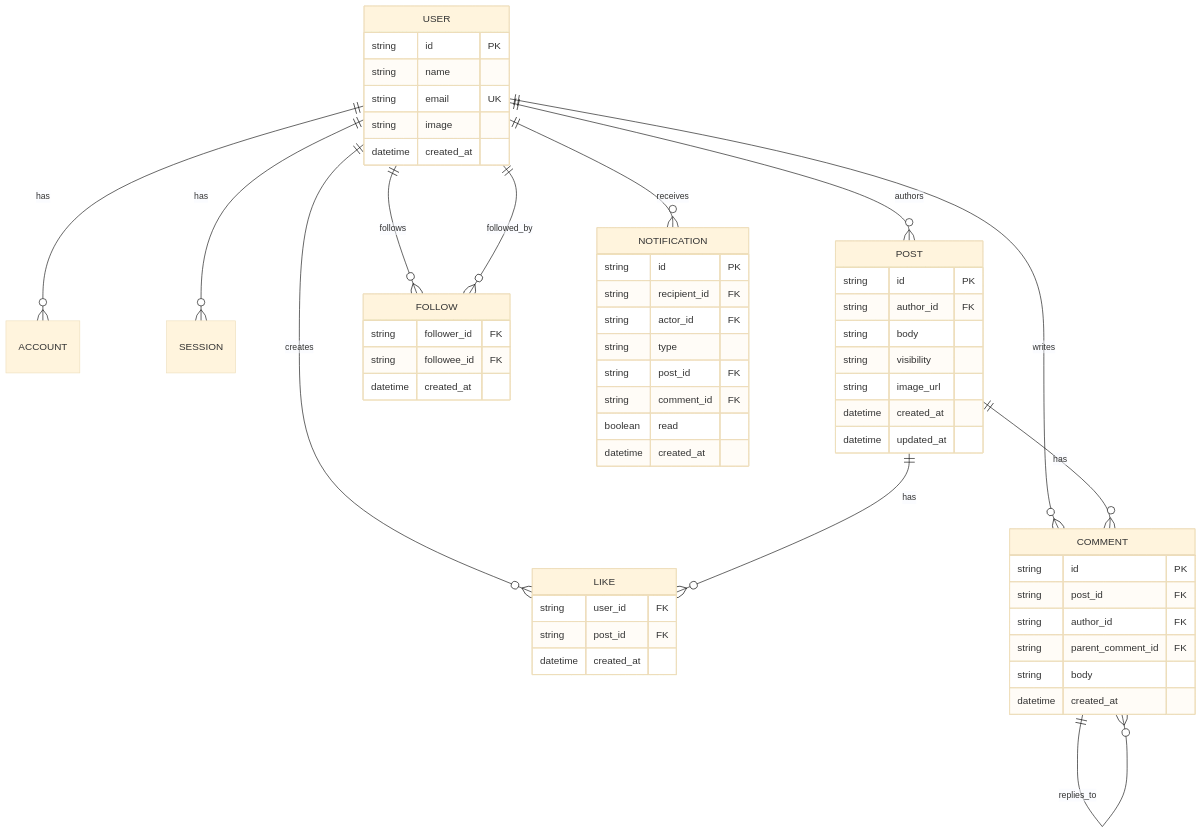
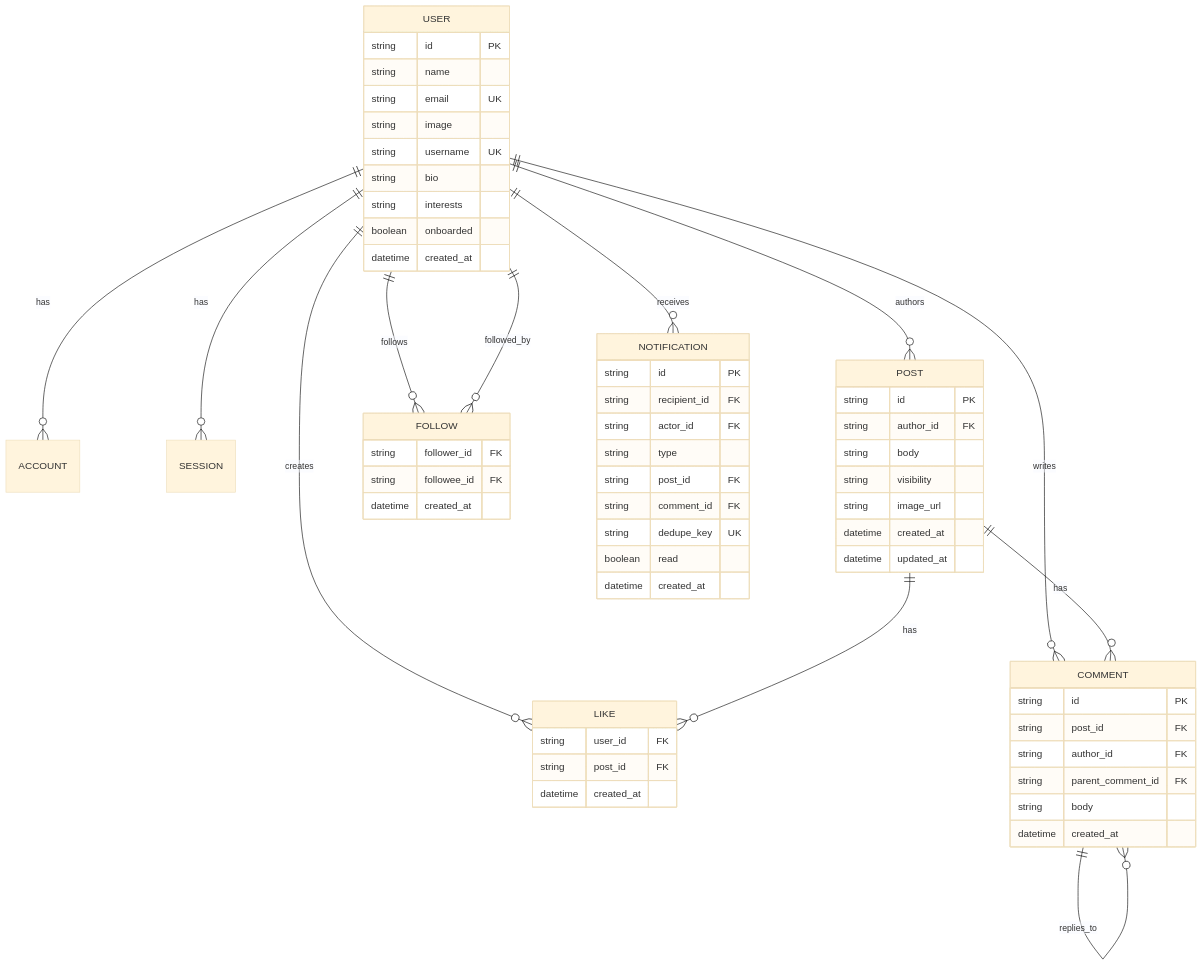
One commit to japanese-project/sns-project changed the diagram in docs/database.md. Above: the diagram before and after it, drawn with Mermaid (base theme). The commit also changed other lines of this file and 94 other files, not shown here.

````diff
--- a/docs/database.md
+++ b/docs/database.md
@@ -22,65 +22,70 @@
 ```mermaid
 erDiagram
     USER ||--o{ ACCOUNT : has
     USER ||--o{ SESSION : has
     USER ||--o{ POST : authors
     USER ||--o{ LIKE : creates
     USER ||--o{ COMMENT : writes
     USER ||--o{ FOLLOW : follows
     USER ||--o{ FOLLOW : followed_by
     USER ||--o{ NOTIFICATION : receives
 
     POST ||--o{ LIKE : has
     POST ||--o{ COMMENT : has
     COMMENT ||--o{ COMMENT : replies_to
 
     USER {
         string id PK
         string name
         string email UK
         string image
+        string username UK
+        string bio
+        string interests
+        boolean onboarded
         datetime created_at
     }
 
     POST {
         string id PK
         string author_id FK
         string body
         string visibility
         string image_url
         datetime created_at
         datetime updated_at
     }
 
     LIKE {
         string user_id FK
         string post_id FK
         datetime created_at
     }
 
     COMMENT {
         string id PK
         string post_id FK
         string author_id FK
         string parent_comment_id FK
         string body
         datetime created_at
     }
 
     FOLLOW {
         string follower_id FK
         string followee_id FK
         datetime created_at
     }
 
     NOTIFICATION {
         string id PK
         string recipient_id FK
         string actor_id FK
         string type
         string post_id FK
         string comment_id FK
+        string dedupe_key UK
         boolean read
         datetime created_at
     }
 ```
````
